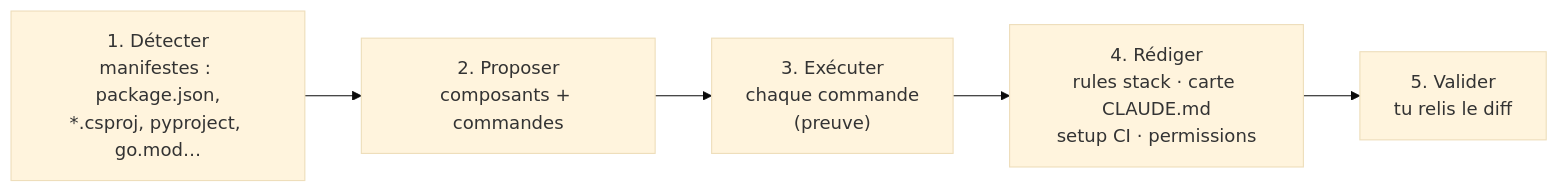
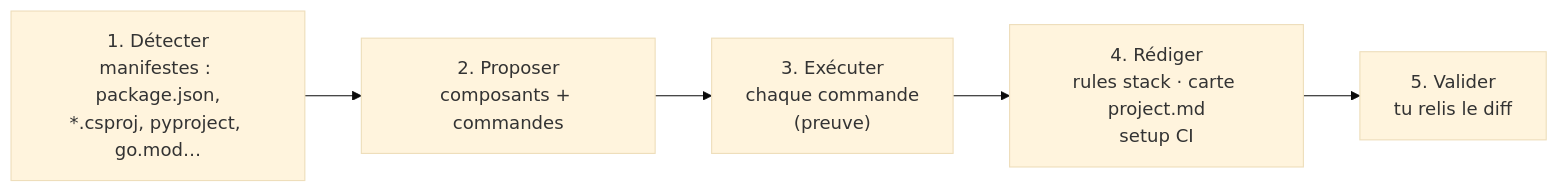
One commit to PatayEnCroute/Harness changed the second of 4 diagrams in docs/PLAN.md. Above: the diagram before and after it, drawn with Mermaid (base theme). The commit also changed other lines of this file and 7 other files, not shown here.

````diff
--- a/docs/PLAN.md
+++ b/docs/PLAN.md
@@ -132,7 +134,7 @@
 ```mermaid
 flowchart LR
   D["1. Détecter<br/>manifestes : package.json,<br/>*.csproj, pyproject, go.mod…"] --> C["2. Proposer<br/>composants + commandes"]
   C --> X["3. Exécuter<br/>chaque commande<br/>(preuve)"]
-  X --> R["4. Rédiger<br/>rules stack · carte CLAUDE.md<br/>setup CI · permissions"]
+  X --> R["4. Rédiger<br/>rules stack · carte project.md<br/>setup CI"]
   R --> V["5. Valider<br/>tu relis le diff"]
 ```
````
